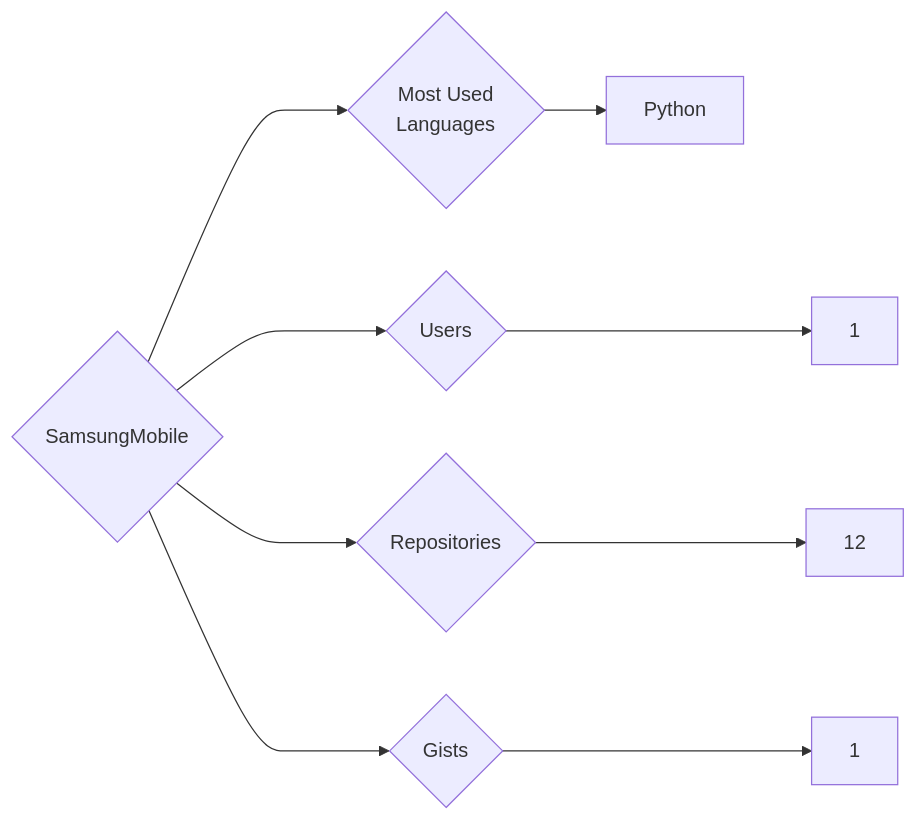
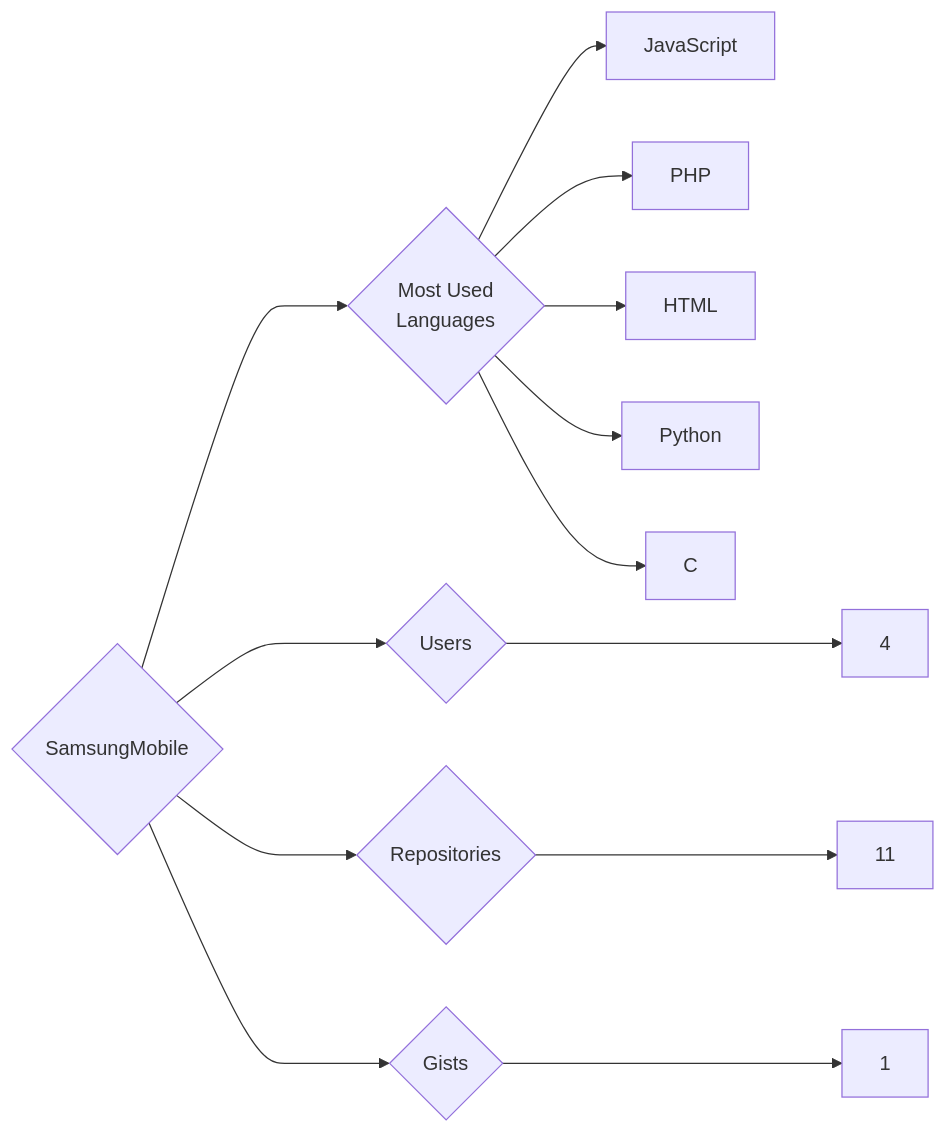
The diagram in targets/SamsungMobile/README.md (trickest/insiders), drawn with Mermaid before and after one commit. The commit also changed 787 other files, not shown here.

````diff
--- a/targets/SamsungMobile/README.md
+++ b/targets/SamsungMobile/README.md
@@ -3,9 +3,13 @@
 ```mermaid
 graph LR
 COMPANY_NAME{SamsungMobile}
-COMPANY_NAME ---> U{Users} ---> UN[1]
-COMPANY_NAME ---> R{Repositories} ---> RN[12]
+COMPANY_NAME ---> U{Users} ---> UN[4]
+COMPANY_NAME ---> R{Repositories} ---> RN[11]
 COMPANY_NAME ---> G{Gists} ---> GN[1]
 COMPANY_NAME ---> ML{Most Used<br>Languages}
+ML --> JavaScript[JavaScript]
+ML --> PHP[PHP]
+ML --> HTML[HTML]
 ML --> Python[Python]
+ML --> C[C]
 ```
````
